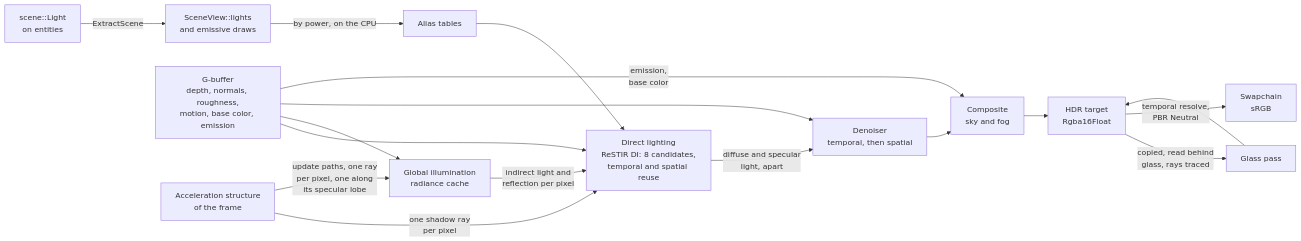
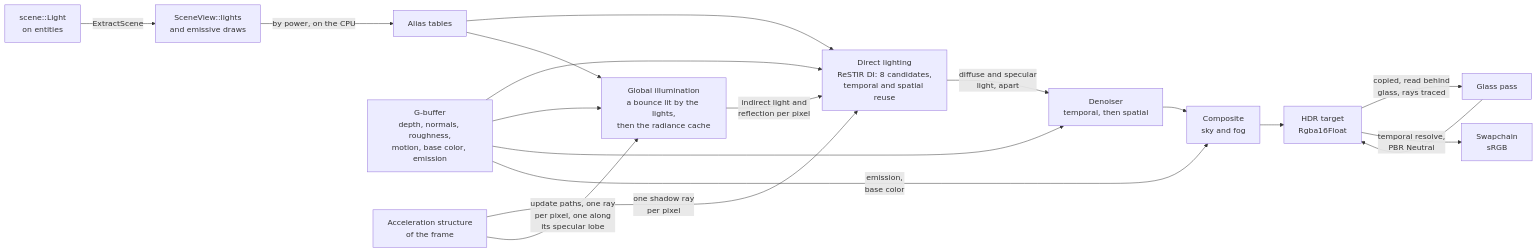
Before and after one commit to SBXdev3D/daidalos-engine-next: the eighth of 12 diagrams in docs/ARCHITECTURE.md, drawn with Mermaid. The commit also changed other lines of this file and 19 other files, not shown here.

First line of the commit message:
Phase 9.13: a bounce lit before the cache, clamped bounces, the dark corridor (#36)

````diff
--- a/docs/ARCHITECTURE.md
+++ b/docs/ARCHITECTURE.md
@@ -184,19 +184,20 @@
 ```mermaid
 flowchart LR
     E["scene::Light<br/>on entities"] -->|"ExtractScene"| L["SceneView::lights<br/>and emissive draws"]
     L -->|"by power, on the CPU"| AT["Alias tables"]
     P["G-buffer<br/>depth, normals, roughness,<br/>motion, base color, emission"] --> M
     AT --> M["Direct lighting<br/>ReSTIR DI: 8 candidates,<br/>temporal and spatial reuse"]
     AS["Acceleration structure<br/>of the frame"] -->|"one shadow ray<br/>per pixel"| M
-    AS -->|"update paths, one ray<br/>per pixel, one along<br/>its specular lobe"| GI["Global illumination<br/>radiance cache"]
+    AS -->|"update paths, one ray<br/>per pixel, one along<br/>its specular lobe"| GI["Global illumination<br/>a bounce lit by the lights,<br/>then the radiance cache"]
+    AT --> GI
     P --> GI
     GI -->|"indirect light and<br/>reflection per pixel"| M
     M -->|"diffuse and specular<br/>light, apart"| DN["Denoiser<br/>temporal, then spatial"]
     P --> DN
     P -->|"emission,<br/>base color"| CO["Composite<br/>sky and fog"]
     DN --> CO
     CO --> H["HDR target<br/>Rgba16Float"]
     H -->|"copied, read behind<br/>glass, rays traced"| GL["Glass pass"]
     GL --> H
     H -->|"temporal resolve,<br/>PBR Neutral"| S["Swapchain<br/>sRGB"]
 ```
````
